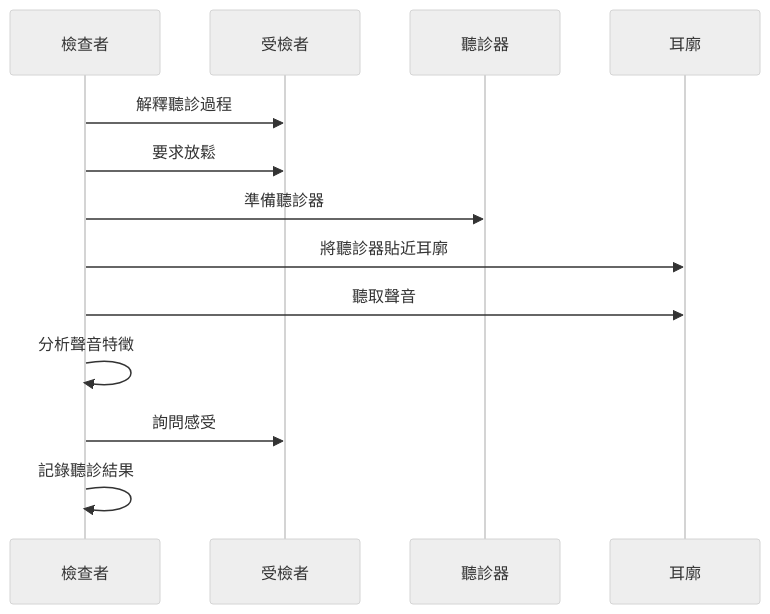
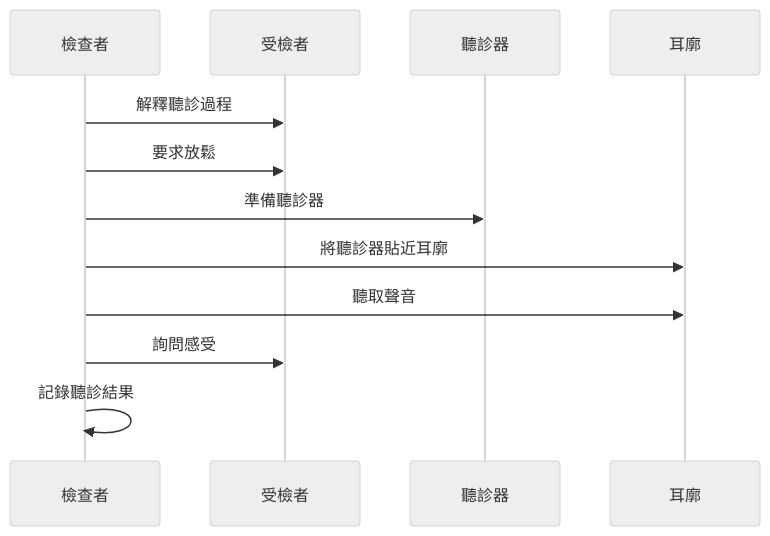
One commit to kmjade/knowledge-value changed the third of 10 diagrams in 3 Resources/01-Tech/🏥 专业知识/耳穴知识库/02-耳穴診斷/耳穴聞診方法.md. Above: the diagram before and after it, drawn with Mermaid (neutral theme). The commit also changed other lines of this file and 653 other files, not shown here.

````diff
--- a/3 Resources/01-Tech/🏥 专业知识/耳穴知识库/02-耳穴診斷/耳穴聞診方法.md
+++ b/3 Resources/01-Tech/🏥 专业知识/耳穴知识库/02-耳穴診斷/耳穴聞診方法.md
@@ -142,16 +142,16 @@
 ```mermaid
 sequenceDiagram
     participant A as 檢查者
     participant B as 受檢者
     participant C as 聽診器
     participant D as 耳廓
     
     A->>B: 解釋聽診過程
     A->>B: 要求放鬆
     A->>C: 準備聽診器
     A->>D: 將聽診器貼近耳廓
     A->>D: 聽取聲音
-    A->>A: 分析聲音特徵
+# 分析
     A->>B: 詢問感受
     A->>A: 記錄聽診結果
 ```
````
